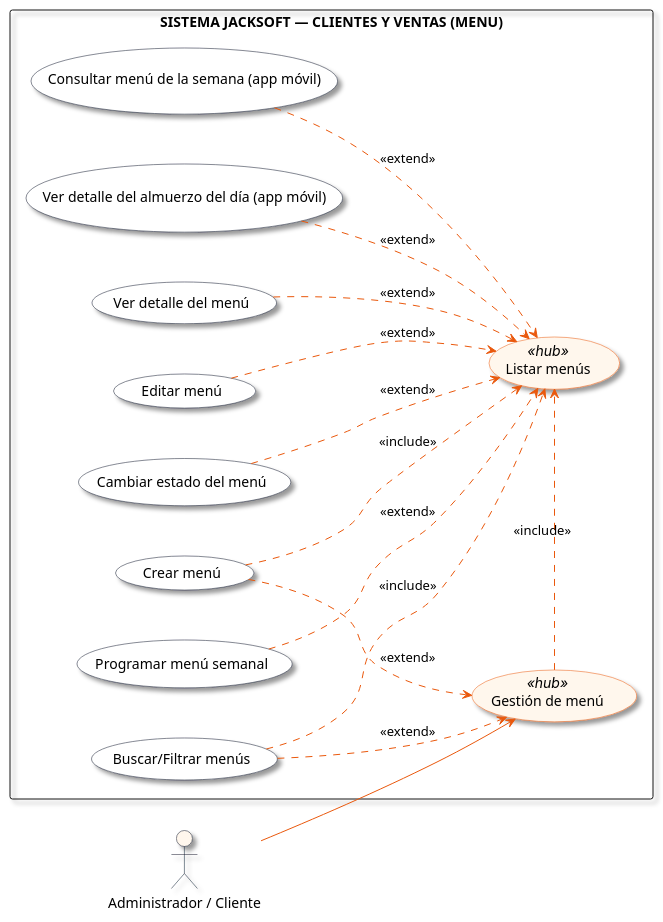
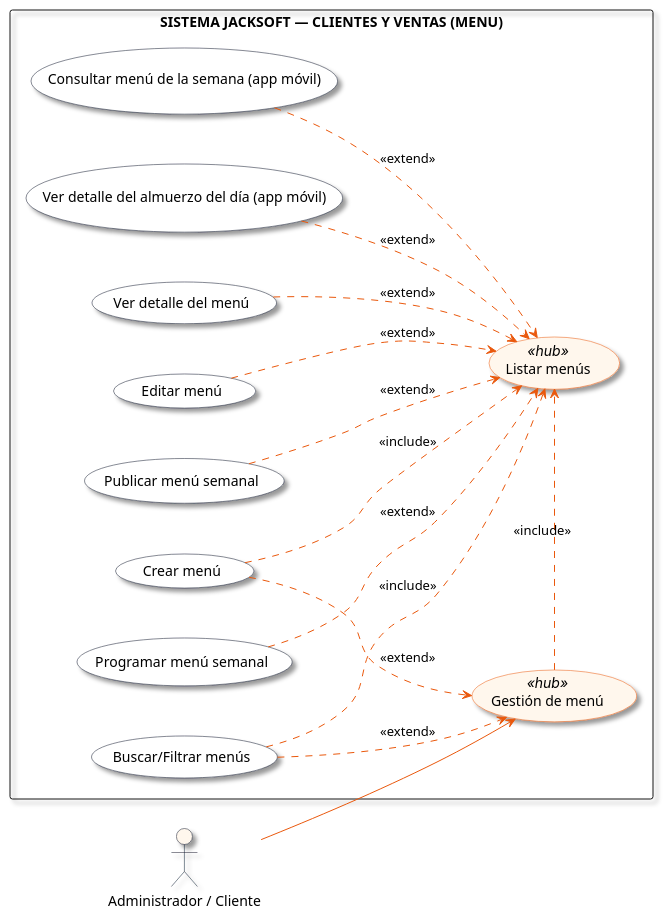
One commit to alejandrogomezmesa1/Documentacion_JackSoft changed the diagram in Diagramas_PUML/MENU.puml. Above: the diagram before and after it, drawn with PlantUML. The commit also changed 27 other files, not shown here.

```diff
--- a/Diagramas_PUML/MENU.puml
+++ b/Diagramas_PUML/MENU.puml
@@ -1,52 +1,52 @@
 @startuml
 left to right direction
 skinparam packageStyle rectangle
 skinparam nodesep 50
 skinparam ranksep 70
 skinparam shadowing true
 skinparam defaultFontName "Inter, Arial, sans-serif"
 
 skinparam actor {
   BorderColor #0f172a
   BackgroundColor #fff7ed
 }
 
 skinparam usecase {
   BackgroundColor #ffffff
   BorderColor #0f172a
   ArrowColor #ea580c
 }
 
 skinparam usecase<<hub>> {
   BackgroundColor #fff7ed
   BorderColor #ea580c
 }
 
 actor "Administrador / Cliente" as actor_user
 
 rectangle "SISTEMA JACKSOFT — CLIENTES Y VENTAS (MENU)" {
   usecase "Gestión de menú" as UC_Hub <<hub>>
   usecase "Listar menús" as UC_Central <<hub>>
   usecase "Crear menú" as UC_Top1
   usecase "Buscar/Filtrar menús" as UC_Bot1
   usecase "Ver detalle del menú" as UC_R1
   usecase "Editar menú" as UC_R2
-  usecase "Cambiar estado del menú" as UC_R3
+  usecase "Publicar menú semanal" as UC_R3
   usecase "Programar menú semanal" as UC_R4
   usecase "Consultar menú de la semana (app móvil)" as UC_R5
   usecase "Ver detalle del almuerzo del día (app móvil)" as UC_R6
 }
 
 actor_user --> UC_Hub
 UC_Hub .> UC_Central : <<include>>
 UC_Top1 ..> UC_Hub : <<extend>>
 UC_Top1 .> UC_Central : <<include>>
 UC_Bot1 ..> UC_Hub : <<extend>>
 UC_Bot1 .> UC_Central : <<include>>
 UC_R1 ..> UC_Central : <<extend>>
 UC_R2 ..> UC_Central : <<extend>>
 UC_R3 ..> UC_Central : <<extend>>
 UC_R4 ..> UC_Central : <<extend>>
 UC_R5 ..> UC_Central : <<extend>>
 UC_R6 ..> UC_Central : <<extend>>
 @enduml
```
